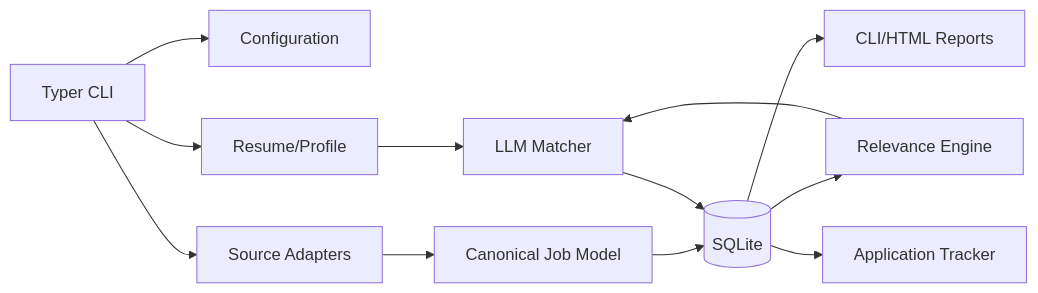
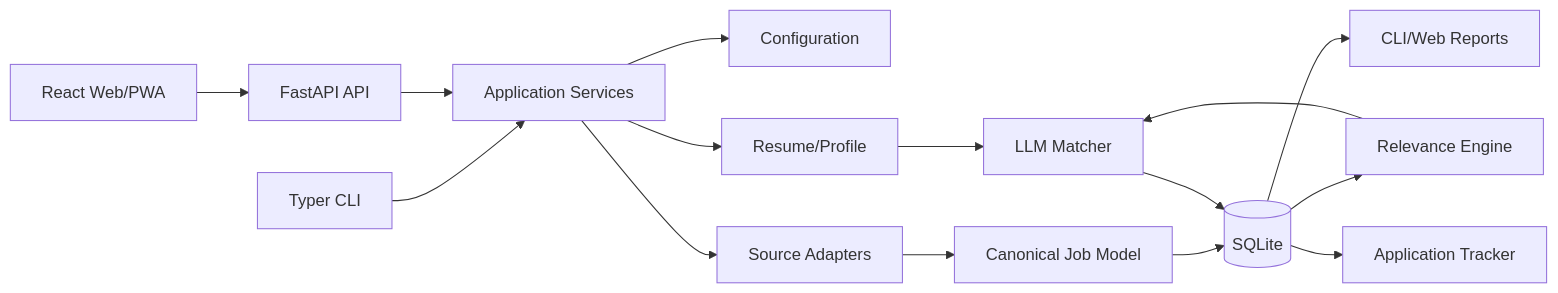
The diagram in docs/architecture/ARCHITECTURE.md (foxpilot-jobs/foxpilot), drawn with Mermaid before and after one commit. The commit also changed other lines of this file and 18 other files, not shown here.

First line of the commit message:
Plan monorepo web/API architecture and harden LLM schema retries

````diff
--- a/docs/architecture/ARCHITECTURE.md
+++ b/docs/architecture/ARCHITECTURE.md
@@ -5,14 +5,17 @@
 ```mermaid
 flowchart LR
-  CLI[Typer CLI] --> Config[Configuration]
-  CLI --> Profile[Resume/Profile]
-  CLI --> Sources[Source Adapters]
+  Web[React Web/PWA] --> API[FastAPI API]
+  CLI[Typer CLI] --> Services[Application Services]
+  API --> Services
+  Services --> Config[Configuration]
+  Services --> Profile[Resume/Profile]
+  Services --> Sources[Source Adapters]
   Sources --> Normalize[Canonical Job Model]
   Normalize --> Store[(SQLite)]
   Store --> Filter[Relevance Engine]
   Filter --> Matcher[LLM Matcher]
   Profile --> Matcher
   Matcher --> Store
-  Store --> Reports[CLI/HTML Reports]
+  Store --> Reports[CLI/Web Reports]
   Store --> Tracker[Application Tracker]
 ```
````
